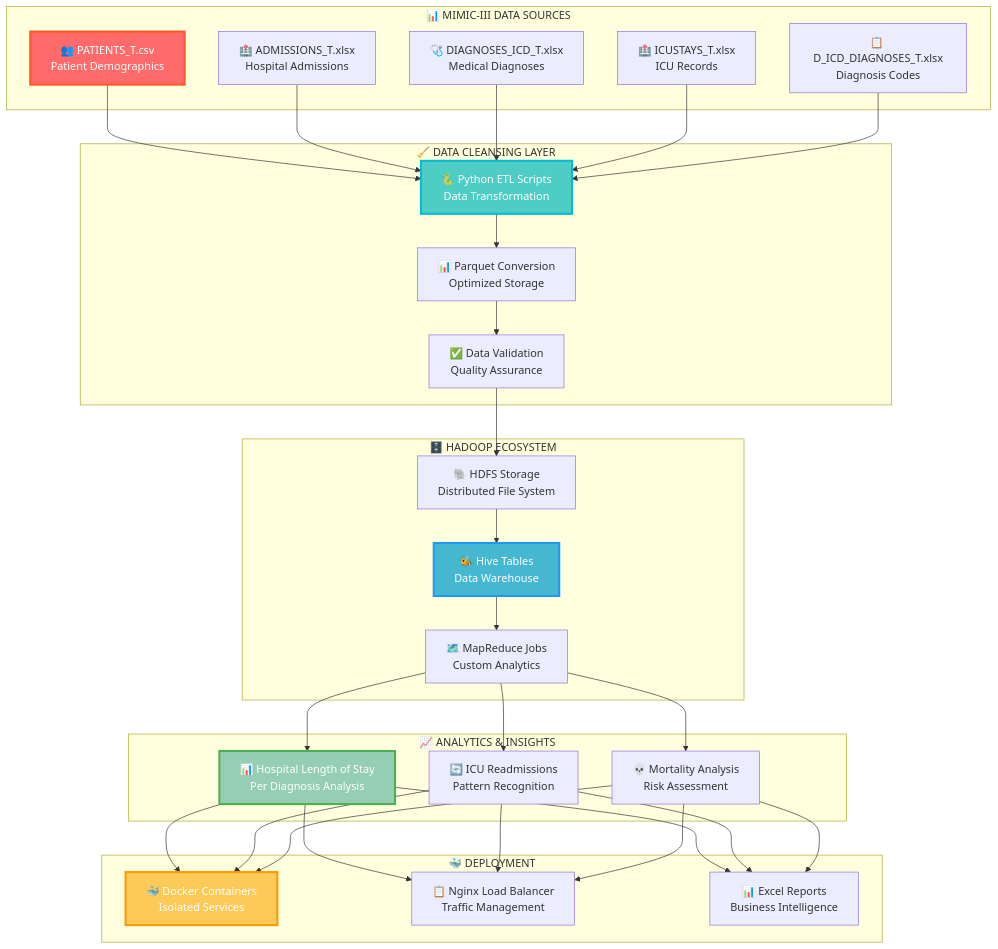
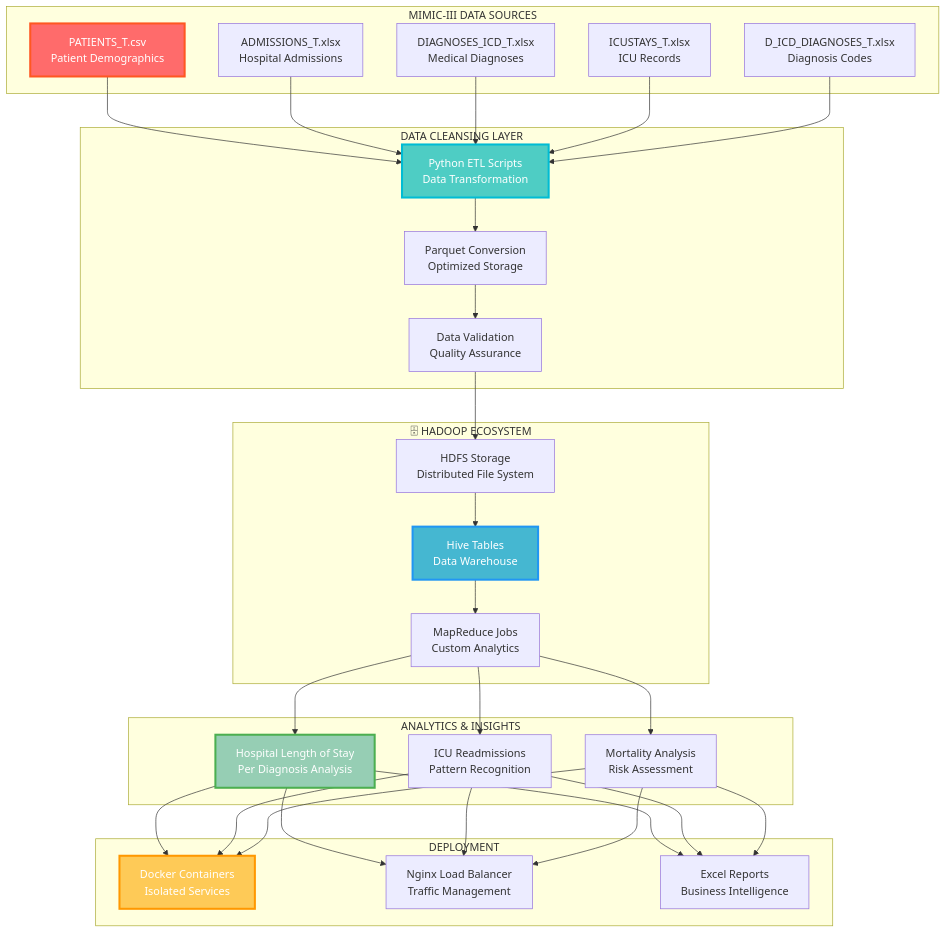
One commit to OmarMeligi/MIMIC-DataFlow changed the diagram in README.md. Above: the diagram before and after it, drawn with Mermaid.

````diff
--- a/README.md
+++ b/README.md
@@ -18,49 +18,49 @@
 ```mermaid
 graph TB
-    subgraph "📊 MIMIC-III DATA SOURCES"
-        A1[👥 PATIENTS_T.csv<br/>Patient Demographics]
-        A2[🏥 ADMISSIONS_T.xlsx<br/>Hospital Admissions]
-        A3[🩺 DIAGNOSES_ICD_T.xlsx<br/>Medical Diagnoses]
-        A4[🏥 ICUSTAYS_T.xlsx<br/>ICU Records]
-        A5[📋 D_ICD_DIAGNOSES_T.xlsx<br/>Diagnosis Codes]
+    subgraph " MIMIC-III DATA SOURCES"
+        A1[ PATIENTS_T.csv<br/>Patient Demographics]
+        A2[ ADMISSIONS_T.xlsx<br/>Hospital Admissions]
+        A3[ DIAGNOSES_ICD_T.xlsx<br/>Medical Diagnoses]
+        A4[ ICUSTAYS_T.xlsx<br/>ICU Records]
+        A5[ D_ICD_DIAGNOSES_T.xlsx<br/>Diagnosis Codes]
     end
     
-    subgraph "🧹 DATA CLEANSING LAYER"
-        B1[🐍 Python ETL Scripts<br/>Data Transformation]
-        B2[📊 Parquet Conversion<br/>Optimized Storage]
-        B3[✅ Data Validation<br/>Quality Assurance]
+    subgraph " DATA CLEANSING LAYER"
+        B1[ Python ETL Scripts<br/>Data Transformation]
+        B2[ Parquet Conversion<br/>Optimized Storage]
+        B3[ Data Validation<br/>Quality Assurance]
     end
     
-    subgraph "🗄️ HADOOP ECOSYSTEM"
-        C1[🐘 HDFS Storage<br/>Distributed File System]
-        C2[🐝 Hive Tables<br/>Data Warehouse]
-        C3[🗺️ MapReduce Jobs<br/>Custom Analytics]
+    subgraph "🗄 HADOOP ECOSYSTEM"
+        C1[ HDFS Storage<br/>Distributed File System]
+        C2[ Hive Tables<br/>Data Warehouse]
+        C3[ MapReduce Jobs<br/>Custom Analytics]
     end
     
-    subgraph "📈 ANALYTICS & INSIGHTS"
-        D1[📊 Hospital Length of Stay<br/>Per Diagnosis Analysis]
-        D2[🔄 ICU Readmissions<br/>Pattern Recognition]
-        D3[💀 Mortality Analysis<br/>Risk Assessment]
+    subgraph " ANALYTICS & INSIGHTS"
+        D1[ Hospital Length of Stay<br/>Per Diagnosis Analysis]
+        D2[ ICU Readmissions<br/>Pattern Recognition]
+        D3[ Mortality Analysis<br/>Risk Assessment]
     end
     
-    subgraph "🐳 DEPLOYMENT"
-        E1[🐳 Docker Containers<br/>Isolated Services]
-        E2[📋 Nginx Load Balancer<br/>Traffic Management]
-        E3[📊 Excel Reports<br/>Business Intelligence]
+    subgraph " DEPLOYMENT"
+        E1[ Docker Containers<br/>Isolated Services]
+        E2[ Nginx Load Balancer<br/>Traffic Management]
+        E3[ Excel Reports<br/>Business Intelligence]
     end
     
     A1 & A2 & A3 & A4 & A5 --> B1
     B1 --> B2
     B2 --> B3
     B3 --> C1
     C1 --> C2
     C2 --> C3
     C3 --> D1 & D2 & D3
     D1 & D2 & D3 --> E1 & E2 & E3
     
     style A1 fill:#ff6b6b,stroke:#ff5722,stroke-width:3px,color:#fff
     style B1 fill:#4ecdc4,stroke:#00bcd4,stroke-width:3px,color:#fff
     style C2 fill:#45b7d1,stroke:#2196f3,stroke-width:3px,color:#fff
     style D1 fill:#96ceb4,stroke:#4caf50,stroke-width:3px,color:#fff
     style E1 fill:#feca57,stroke:#ff9800,stroke-width:3px,color:#fff
 ```
````
